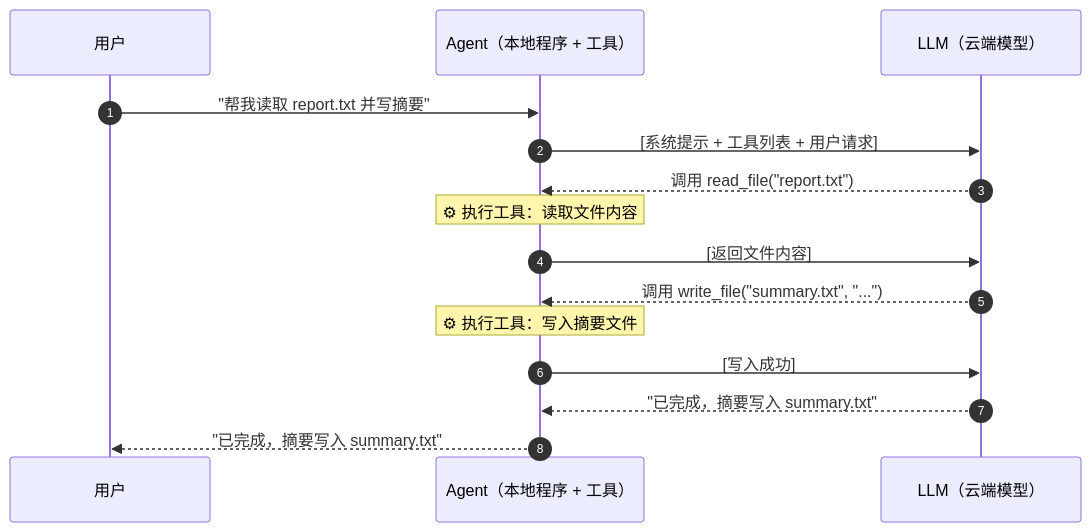
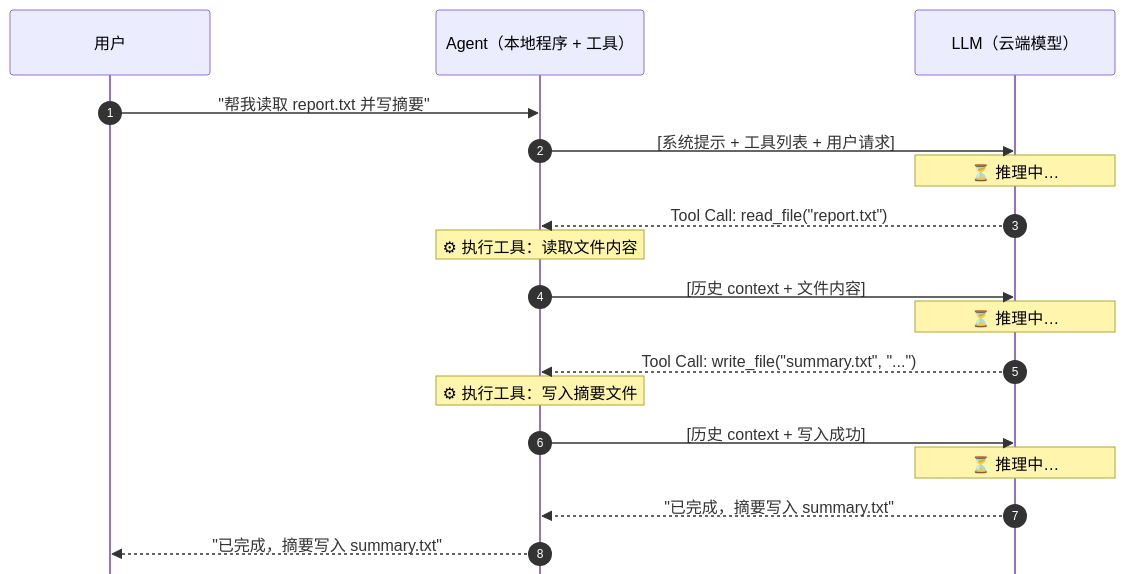
The diagram in slides.md (jsjtxietian/ai_pre_for_yx), drawn with Mermaid before and after one commit. The commit also changed other lines of this file and 4 other files, not shown here.

````diff
--- a/slides.md
+++ b/slides.md
@@ -685,19 +674,22 @@
 ```mermaid {scale: 0.62, theme: 'default'}
-%%{init: {'sequence': {'actorMargin': 180, 'width': 200, 'boxMargin': 4, 'messageMargin': 28, 'noteMargin': 6}}}%%
+%%{init: {'sequence': {'actorMargin': 180, 'width': 200, 'boxMargin': 4, 'messageMargin': 28, 'noteMargin': 6, 'mirrorActors': false}}}%%
 sequenceDiagram
     autonumber
     participant U as 用户
     participant A as Agent（本地程序 + 工具）
     participant L as LLM（云端模型）
 
     U->>A: "帮我读取 report.txt 并写摘要"
     A->>L: [系统提示 + 工具列表 + 用户请求]
-    L-->>A: 调用 read_file("report.txt")
+    Note over L: ⏳ 推理中…
+    L-->>A: Tool Call: read_file("report.txt")
     Note over A: ⚙ 执行工具：读取文件内容
-    A->>L: [返回文件内容]
-    L-->>A: 调用 write_file("summary.txt", "...")
+    A->>L: [历史 context + 文件内容]
+    Note over L: ⏳ 推理中…
+    L-->>A: Tool Call: write_file("summary.txt", "...")
     Note over A: ⚙ 执行工具：写入摘要文件
-    A->>L: [写入成功]
+    A->>L: [历史 context + 写入成功]
+    Note over L: ⏳ 推理中…
     L-->>A: "已完成，摘要写入 summary.txt"
     A-->>U: "已完成，摘要写入 summary.txt"
 ```
````
